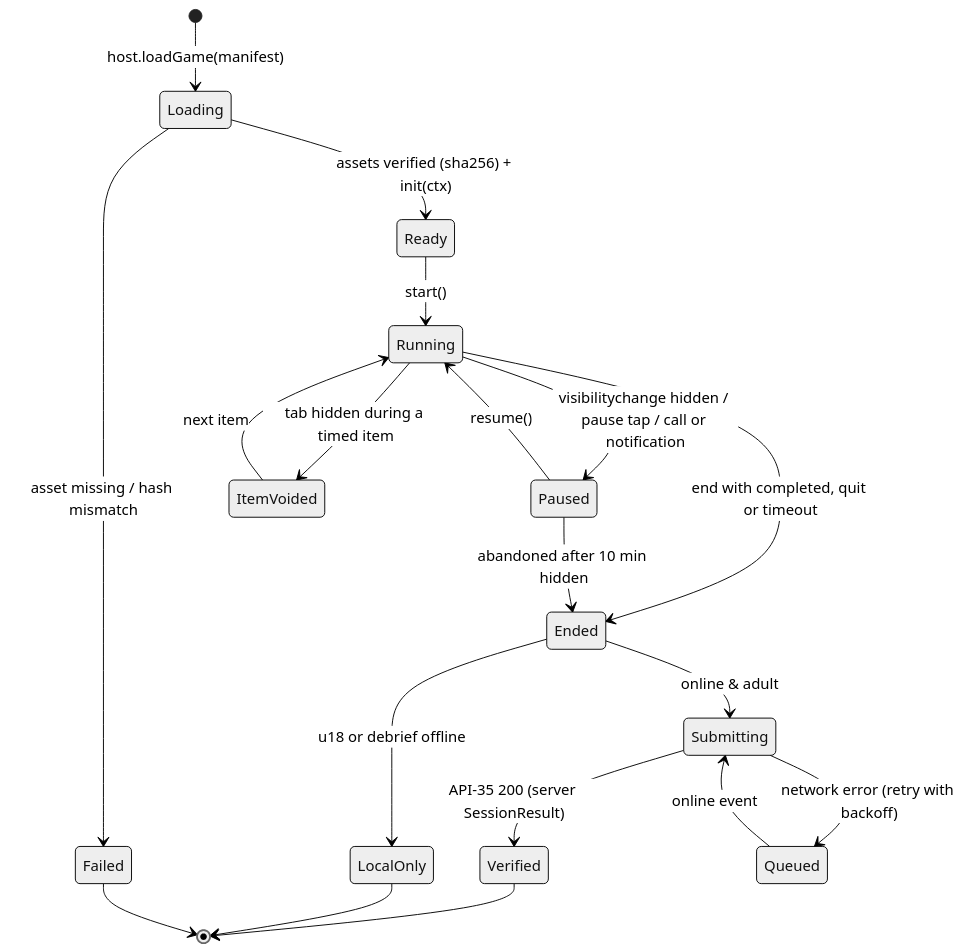
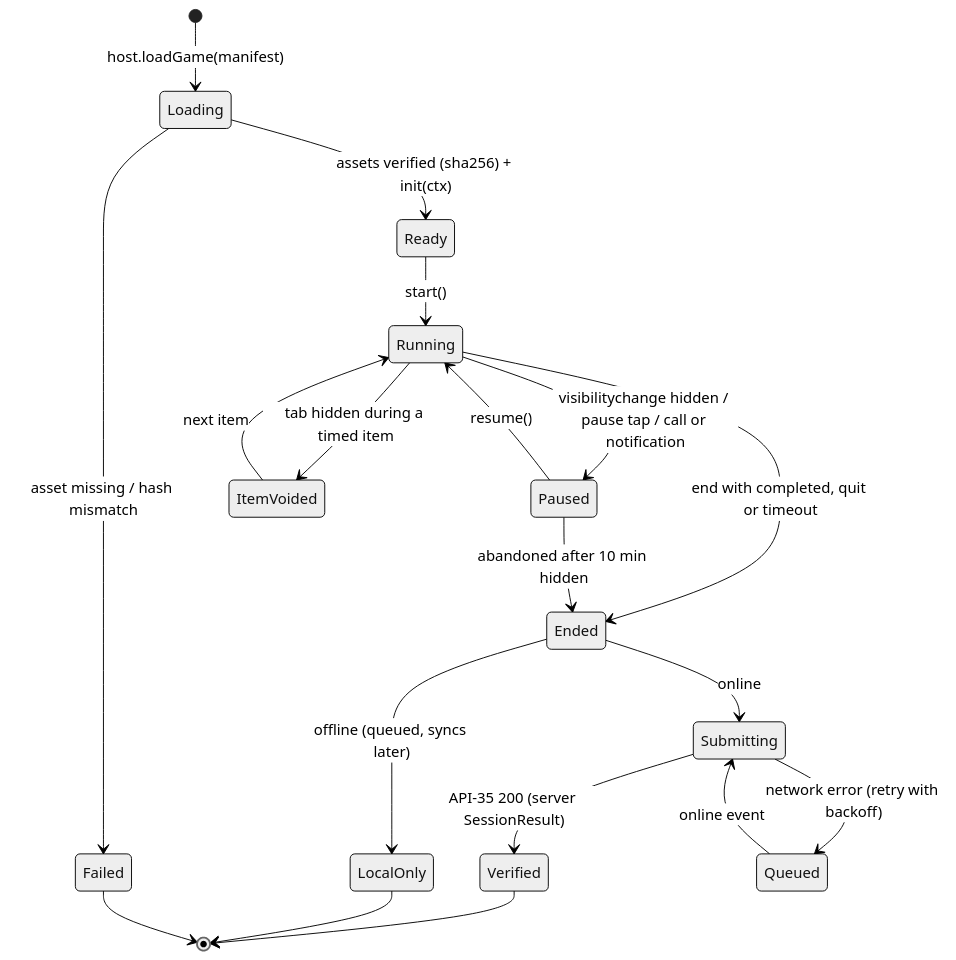
The second of 4 diagrams in docs/09-learning-games/GAME_SDK.md (sruj08/margadarshak), drawn with Mermaid (neutral theme) before and after one commit. The commit also changed other lines of this file and 1326 other files, not shown here.

````diff
--- a/docs/09-learning-games/GAME_SDK.md
+++ b/docs/09-learning-games/GAME_SDK.md
@@ -184,21 +184,21 @@
 ```mermaid
 stateDiagram-v2
   [*] --> Loading: host.loadGame(manifest)
   Loading --> Ready: assets verified (sha256) + init(ctx)
   Loading --> Failed: asset missing / hash mismatch
   Ready --> Running: start()
   Running --> Paused: visibilitychange hidden / pause tap / call or notification
   Paused --> Running: resume()
   Running --> ItemVoided: tab hidden during a timed item
   ItemVoided --> Running: next item
   Running --> Ended: end with completed, quit or timeout
   Paused --> Ended: abandoned after 10 min hidden
-  Ended --> Submitting: online & adult
-  Ended --> LocalOnly: u18 or debrief offline
+  Ended --> Submitting: online
+  Ended --> LocalOnly: offline (queued, syncs later)
   Submitting --> Verified: API-35 200 (server SessionResult)
   Submitting --> Queued: network error (retry with backoff)
   Queued --> Submitting: online event
   Verified --> [*]
   LocalOnly --> [*]
   Failed --> [*]
 ```
````
